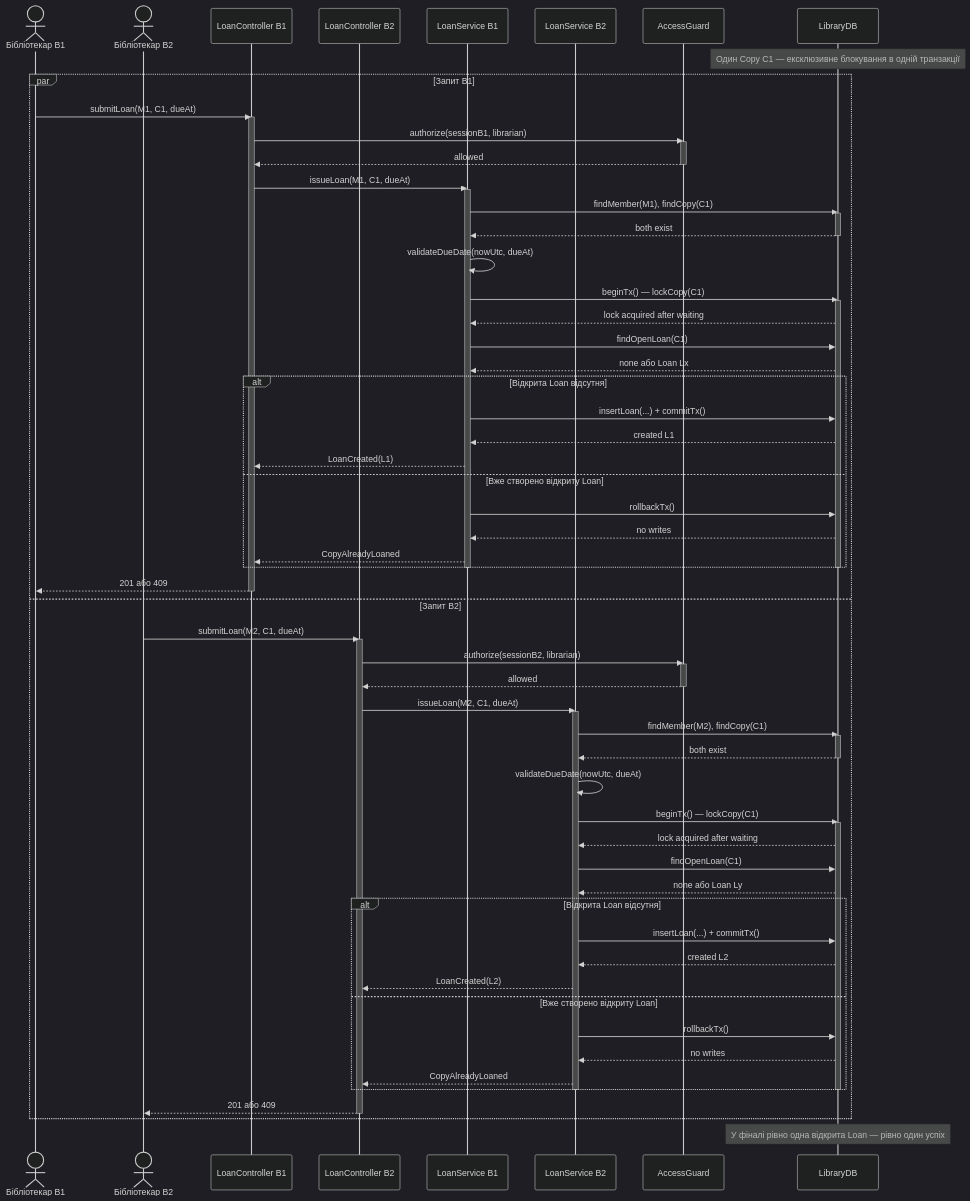
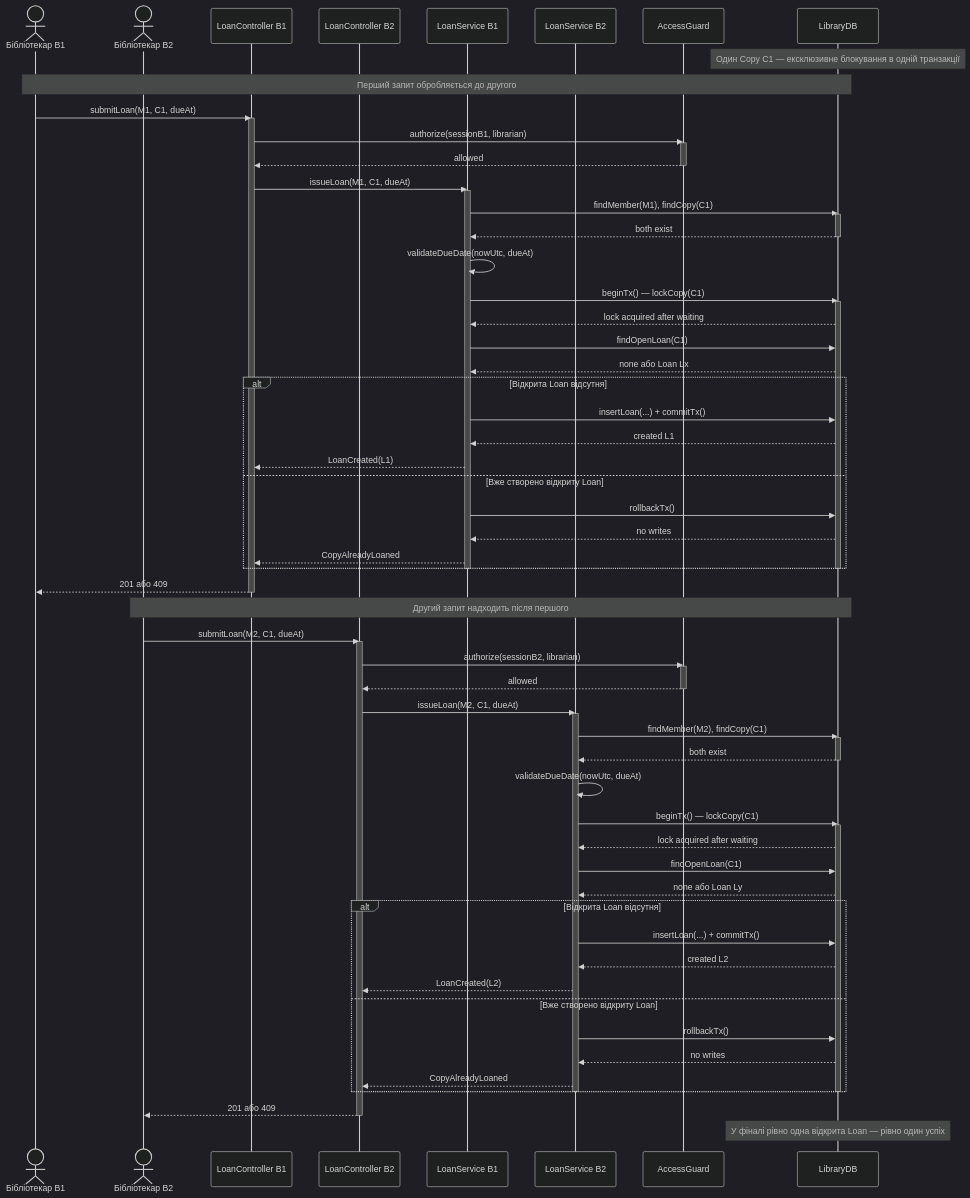
The diagram in sequence/S-07-concurrent-requests.mmd (Alex9011/KPI2-Lab3), drawn with Mermaid (dark theme) before and after one commit.

Commit message:
Clarify concurrent request ordering
The intermediate version showed the requests sequentially instead of using a parallel fragment.

```diff
--- a/sequence/S-07-concurrent-requests.mmd
+++ b/sequence/S-07-concurrent-requests.mmd
@@ -1,77 +1,76 @@
 sequenceDiagram
     %% title: S-07 — Два одночасні запити на Copy C1
     actor B1 as Бібліотекар B1
     actor B2 as Бібліотекар B2
     participant API1 as LoanController B1
     participant API2 as LoanController B2
     participant S1 as LoanService B1
     participant S2 as LoanService B2
     participant A as AccessGuard
     participant DB as LibraryDB
     Note over DB: Один Copy C1 — ексклюзивне блокування в одній транзакції
-    par Запит B1
+    Note over B1,DB: Перший запит обробляється до другого
         B1->>API1: submitLoan(M1, C1, dueAt)
         activate API1
         API1->>A: authorize(sessionB1, librarian)
         activate A
         A-->>API1: allowed
         deactivate A
         API1->>S1: issueLoan(M1, C1, dueAt)
         activate S1
         S1->>DB: findMember(M1), findCopy(C1)
         activate DB
         DB-->>S1: both exist
         deactivate DB
         S1->>S1: validateDueDate(nowUtc, dueAt)
         S1->>DB: beginTx() — lockCopy(C1)
         activate DB
         DB-->>S1: lock acquired after waiting
         S1->>DB: findOpenLoan(C1)
         DB-->>S1: none або Loan Lx
         alt Відкрита Loan відсутня
             S1->>DB: insertLoan(...) + commitTx()
             DB-->>S1: created L1
             S1-->>API1: LoanCreated(L1)
         else Вже створено відкриту Loan
             S1->>DB: rollbackTx()
             DB-->>S1: no writes
             S1-->>API1: CopyAlreadyLoaned
         end
         deactivate DB
         deactivate S1
         API1-->>B1: 201 або 409
         deactivate API1
-    and Запит B2
+    Note over B2,DB: Другий запит надходить після першого
         B2->>API2: submitLoan(M2, C1, dueAt)
         activate API2
         API2->>A: authorize(sessionB2, librarian)
         activate A
         A-->>API2: allowed
         deactivate A
         API2->>S2: issueLoan(M2, C1, dueAt)
         activate S2
         S2->>DB: findMember(M2), findCopy(C1)
         activate DB
         DB-->>S2: both exist
         deactivate DB
         S2->>S2: validateDueDate(nowUtc, dueAt)
         S2->>DB: beginTx() — lockCopy(C1)
         activate DB
         DB-->>S2: lock acquired after waiting
         S2->>DB: findOpenLoan(C1)
         DB-->>S2: none або Loan Ly
         alt Відкрита Loan відсутня
             S2->>DB: insertLoan(...) + commitTx()
             DB-->>S2: created L2
             S2-->>API2: LoanCreated(L2)
         else Вже створено відкриту Loan
             S2->>DB: rollbackTx()
             DB-->>S2: no writes
             S2-->>API2: CopyAlreadyLoaned
         end
         deactivate DB
         deactivate S2
         API2-->>B2: 201 або 409
         deactivate API2
-    end
     Note over DB: У фіналі рівно одна відкрита Loan — рівно один успіх
```
